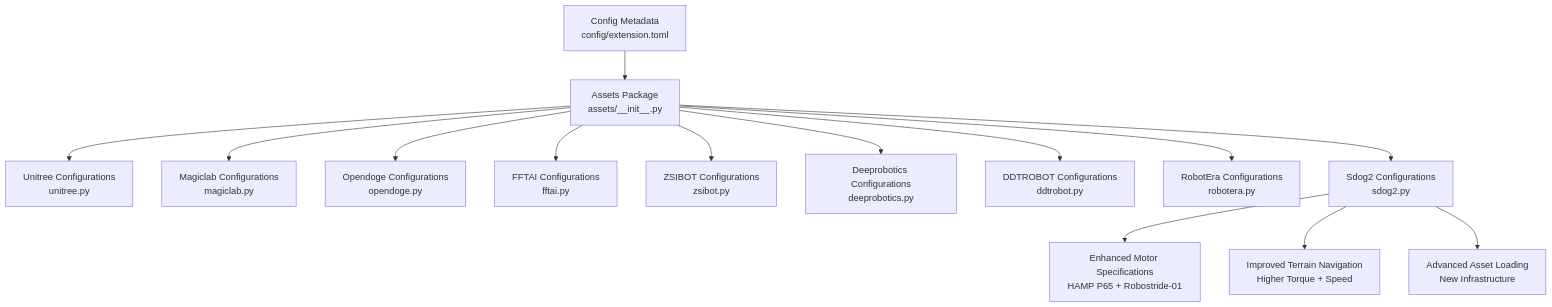
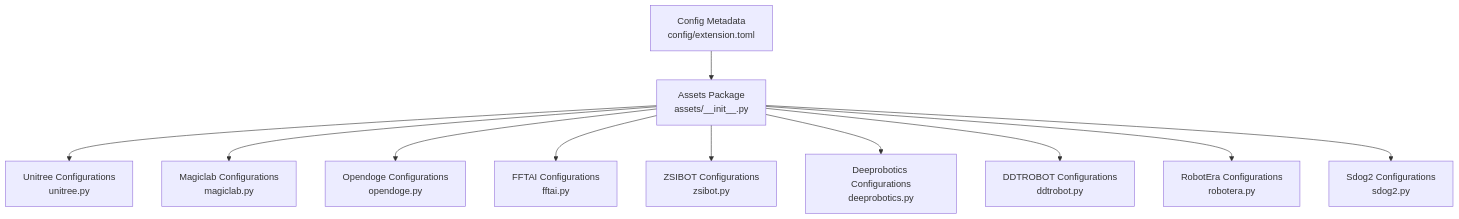
One commit to jayjayhust/robot_lab changed the first of 8 diagrams in .qoder/repowiki/en/content/Asset Management System/Robot Asset Configuration.md. Above: the diagram before and after it, drawn with Mermaid. The commit also changed other lines of this file and 6 other files, not shown here.

````diff
--- a/.qoder/repowiki/en/content/Asset Management System/Robot Asset Configuration.md
+++ b/.qoder/repowiki/en/content/Asset Management System/Robot Asset Configuration.md
@@ -42,16 +41,13 @@
 ```mermaid
 graph TB
 A["Assets Package<br/>assets/__init__.py"] --> B["Unitree Configurations<br/>unitree.py"]
 A --> C["Magiclab Configurations<br/>magiclab.py"]
 A --> D["Opendoge Configurations<br/>opendoge.py"]
 A --> E["FFTAI Configurations<br/>fftai.py"]
 A --> F["ZSIBOT Configurations<br/>zsibot.py"]
 A --> G["Deeprobotics Configurations<br/>deeprobotics.py"]
 A --> H["DDTROBOT Configurations<br/>ddtrobot.py"]
 A --> I["RobotEra Configurations<br/>robotera.py"]
 A --> J["Sdog2 Configurations<br/>sdog2.py"]
-J --> K["Enhanced Motor Specifications<br/>HAMP P65 + Robostride-01"]
-J --> L["Improved Terrain Navigation<br/>Higher Torque + Speed"]
-J --> M["Advanced Asset Loading<br/>New Infrastructure"]
 N["Config Metadata<br/>config/extension.toml"] --> A
 ```
````
